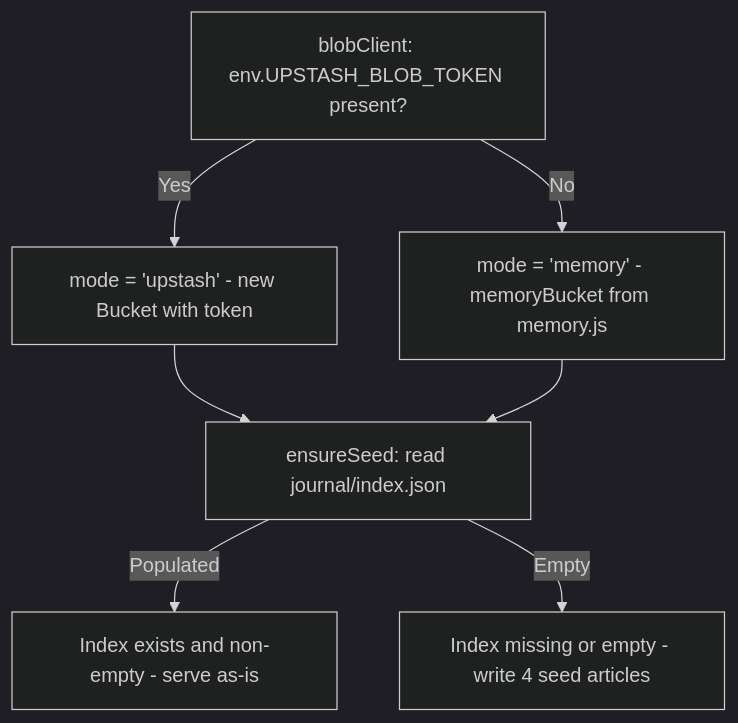
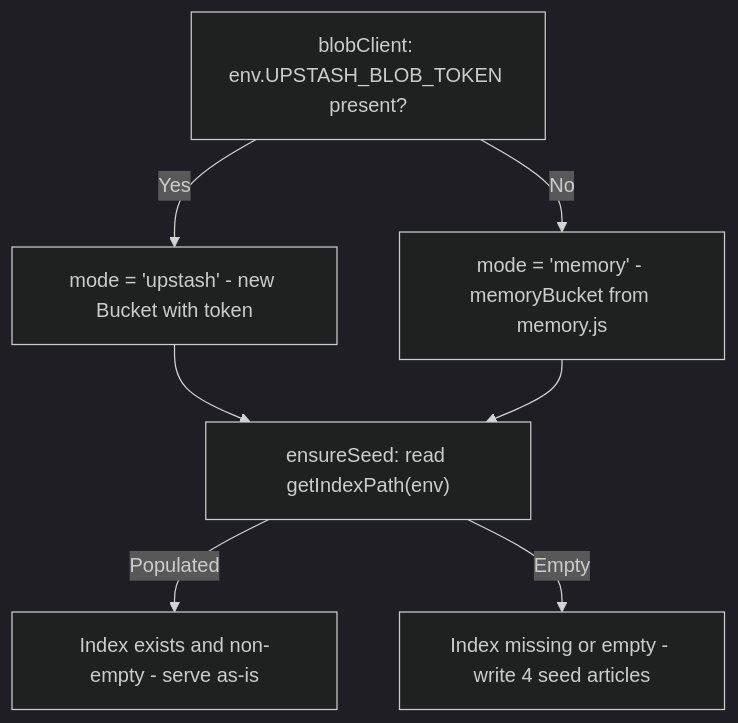
One commit to AmritSDutta/kalidass changed the diagram in docs/worker/storage.mdx. Above: the diagram before and after it, drawn with Mermaid (dark theme). The commit also changed other lines of this file and 18 other files, not shown here.

````diff
--- a/docs/worker/storage.mdx
+++ b/docs/worker/storage.mdx
@@ -12,15 +12,15 @@
 ```mermaid
 flowchart TD
   EnvCheck["blobClient: env.UPSTASH_BLOB_TOKEN present?"]
   UpstashMode["mode = 'upstash' - new Bucket with token"]
   MemoryMode["mode = 'memory' - memoryBucket from memory.js"]
-  SeedCheck["ensureSeed: read journal/index.json"]
+  SeedCheck["ensureSeed: read getIndexPath(env)"]
   Populated["Index exists and non-empty - serve as-is"]
   Empty["Index missing or empty - write 4 seed articles"]
   EnvCheck -->|"Yes"| UpstashMode
   EnvCheck -->|"No"| MemoryMode
   UpstashMode --> SeedCheck
   MemoryMode --> SeedCheck
   SeedCheck -->|"Populated"| Populated
   SeedCheck -->|"Empty"| Empty
 ```
````
